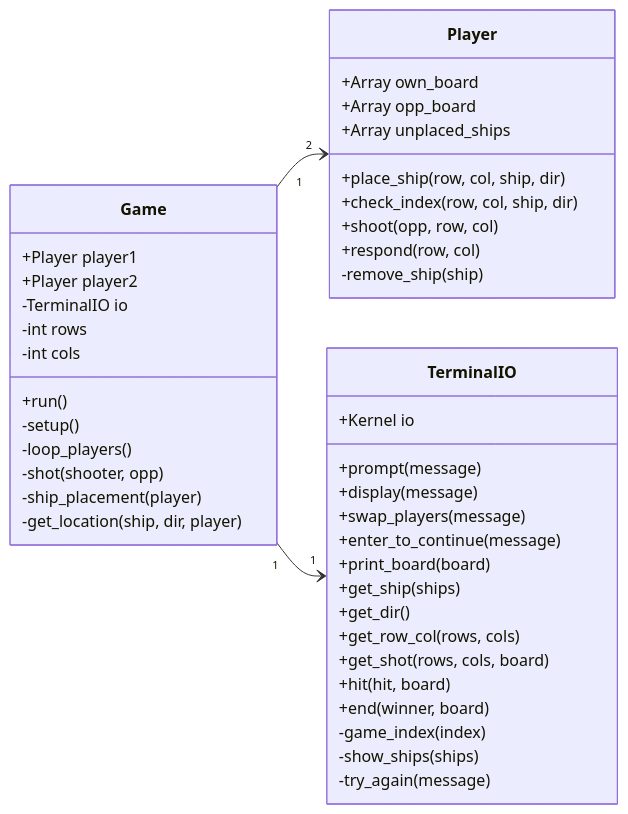
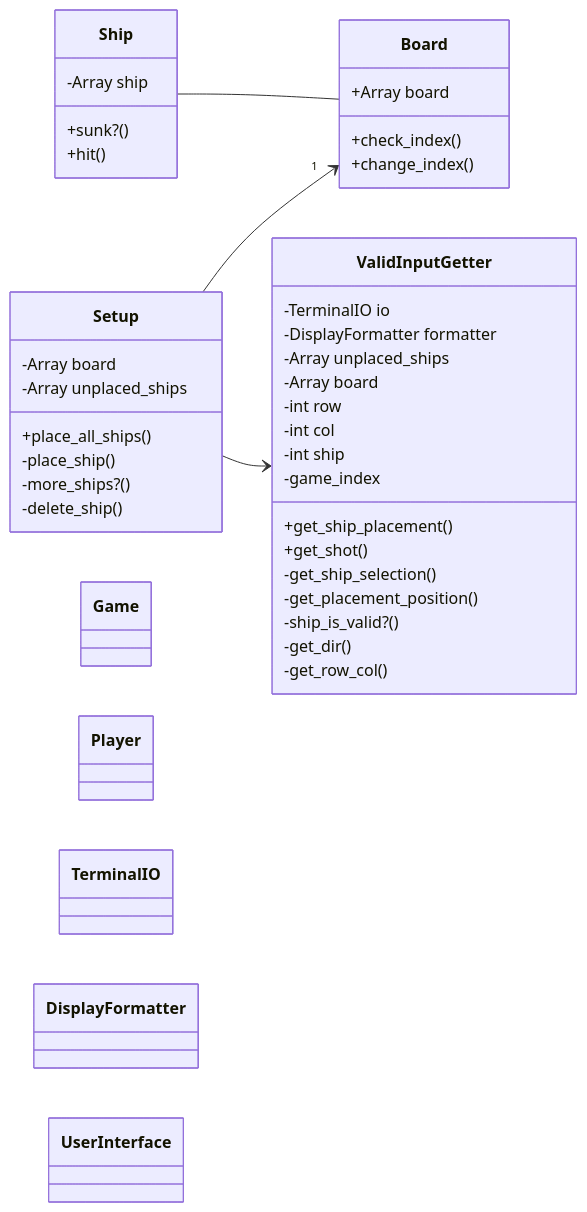
The diagram in README.md (ritaaktay/battleships), drawn with Mermaid before and after one commit. The commit also changed other lines of this file and 15 other files, not shown here.

````diff
--- a/README.md
+++ b/README.md
@@ -1,46 +1,68 @@
 ```mermaid
    classDiagram
    direction LR
-   Game "1" --> "2" Player
-   Game "1" --> "1" TerminalIO
-   class Game{
-   +Player player1
-   +Player player2
-   -TerminalIO io
-   -int rows
-   -int cols
-   +run()
-   -setup()
-   -loop_players()
-   -shot(shooter, opp) 
-   -ship_placement(player)
-   -get_location(ship, dir, player)
+   
+   Ship -- Board
+   Setup --> "1" Board
+   Setup --> ValidInputGetter
+
+   class Ship{
+      -Array ship
+      +sunk?()
+      +hit()
    }
+
+   class Board {
+      +Array board
+      +check_index() 
+      +change_index()
+   }
+
+   class Setup {
+      -Array board
+      -Array unplaced_ships
+      +place_all_ships()
+      -place_ship()
+      -more_ships?()
+      -delete_ship()
+   }
+
+   class ValidInputGetter {
+      -TerminalIO io
+      -DisplayFormatter formatter
+      -Array unplaced_ships
+      -Array board
+      -int row
+      -int col
+      -int ship
+      +get_ship_placement()
+      +get_shot()
+      -get_ship_selection()
+      -get_placement_position()
+      -ship_is_valid?()
+      -get_dir()
+      -get_row_col()
+      -game_index
+   }
+
+   class Game {
+   
+   }
+
    class Player {
-   +Array own_board
-   +Array opp_board
-   +Array unplaced_ships
-   +place_ship(row, col, ship, dir)
-   +check_index(row, col, ship, dir)
-   +shoot(opp, row, col)
-   +respond(row, col)
-   -remove_ship(ship)
+
    }
-   class TerminalIO{
-   +Kernel io
-   +prompt(message)
-   +display(message)
-   +swap_players(message)
-   +enter_to_continue(message)
-   +print_board(board)
-   +get_ship(ships)
-   +get_dir()
-   +get_row_col(rows, cols)
-   +get_shot(rows, cols, board)
-   +hit(hit, board)
-   +end(winner, board)
-   -game_index(index)
-   -show_ships(ships)
-   -try_again(message)
+
+   class TerminalIO {
+
    }
+
+   class DisplayFormatter {
+
+   }
+
+   class UserInterface {
+      
+   }
+
 ```
````
